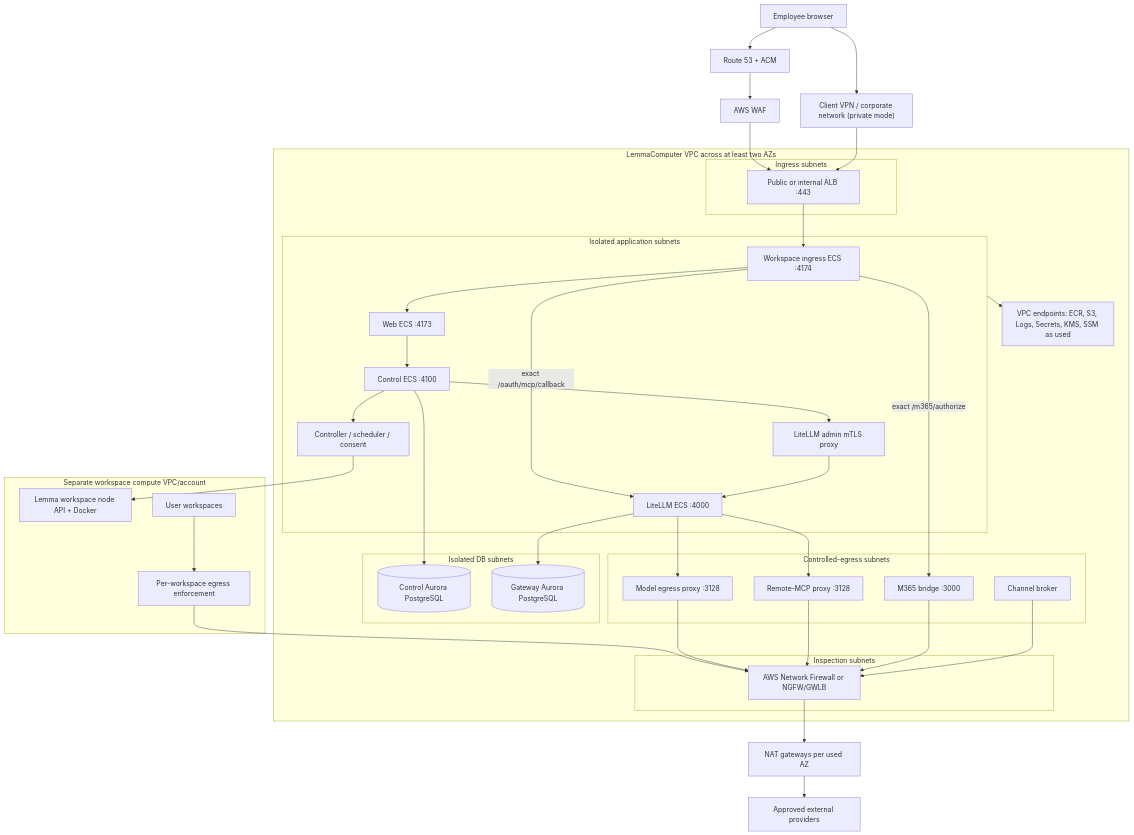
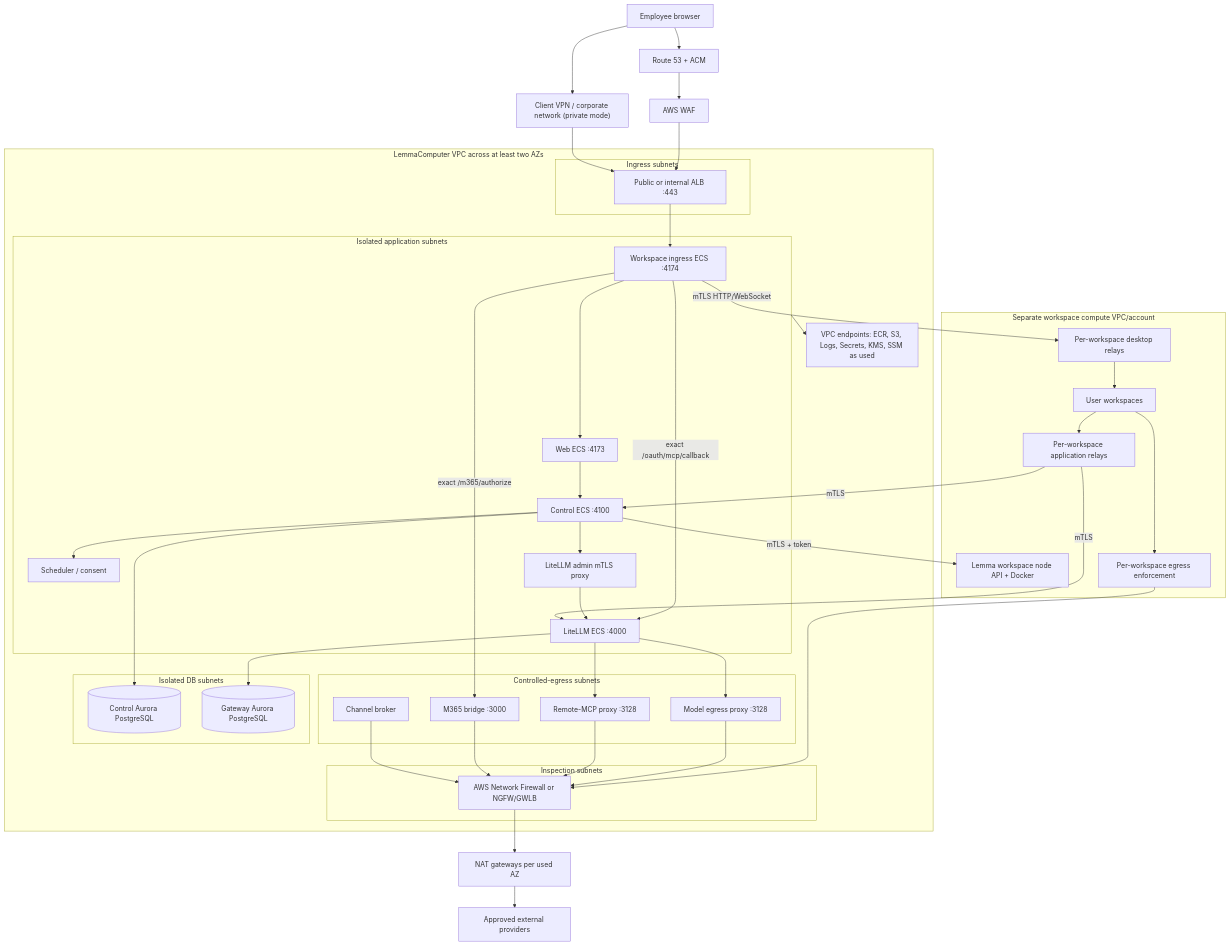
Before and after one commit to ONE-Computer/LemmaComputer: the diagram in docs/guides/deployment/aws-deployment.md, drawn with Mermaid. The commit also changed other lines of this file and 24 other files, not shown here.

````diff
--- a/docs/guides/deployment/aws-deployment.md
+++ b/docs/guides/deployment/aws-deployment.md
@@ -38,68 +38,74 @@
 ```mermaid
 flowchart TB
   User["Employee browser"]
   VPN["Client VPN / corporate network (private mode)"]
   DNS["Route 53 + ACM"]
   WAF["AWS WAF"]
   ALB["Public or internal ALB :443"]
 
   subgraph VPC["LemmaComputer VPC across at least two AZs"]
     subgraph IngressSubnets["Ingress subnets"]
       ALB
     end
 
     subgraph AppSubnets["Isolated application subnets"]
       Ingress["Workspace ingress ECS :4174"]
       Web["Web ECS :4173"]
       Control["Control ECS :4100"]
-      Workers["Controller / scheduler / consent"]
+      Workers["Scheduler / consent"]
       LiteLLM["LiteLLM ECS :4000"]
       AdminProxy["LiteLLM admin mTLS proxy"]
     end
 
     subgraph EgressSubnets["Controlled-egress subnets"]
       ModelProxy["Model egress proxy :3128"]
       McpProxy["Remote-MCP proxy :3128"]
       M365["M365 bridge :3000"]
       Channel["Channel broker"]
     end
 
     subgraph DbSubnets["Isolated DB subnets"]
       ControlDB[("Control Aurora PostgreSQL")]
       GatewayDB[("Gateway Aurora PostgreSQL")]
     end
 
     subgraph InspectionSubnets["Inspection subnets"]
       Firewall["AWS Network Firewall or NGFW/GWLB"]
     end
 
     Endpoints["VPC endpoints: ECR, S3, Logs, Secrets, KMS, SSM as used"]
   end
 
   subgraph WorkspaceBoundary["Separate workspace compute VPC/account"]
     Kasm["Lemma workspace node API + Docker"]
+    DesktopRelay["Per-workspace desktop relays"]
+    AppRelays["Per-workspace application relays"]
     WorkspaceProxy["Per-workspace egress enforcement"]
     Sandboxes["User workspaces"]
   end
 
   NAT["NAT gateways per used AZ"]
   Internet["Approved external providers"]
 
   User --> DNS --> WAF --> ALB --> Ingress
   User --> VPN --> ALB
   Ingress --> Web --> Control
   Ingress -->|"exact /oauth/mcp/callback"| LiteLLM
   Ingress -->|"exact /m365/authorize"| M365
   Control --> ControlDB
   LiteLLM --> GatewayDB
   Control --> AdminProxy --> LiteLLM
   Control --> Workers
-  Workers --> Kasm
+  Control -->|"mTLS + token"| Kasm
+  Ingress -->|"mTLS HTTP/WebSocket"| DesktopRelay --> Sandboxes
+  Sandboxes --> AppRelays
+  AppRelays -->|"mTLS"| Control
+  AppRelays -->|"mTLS"| LiteLLM
   Sandboxes --> WorkspaceProxy --> Firewall
   LiteLLM --> ModelProxy --> Firewall
   LiteLLM --> McpProxy --> Firewall
   M365 --> Firewall
   Channel --> Firewall
   Firewall --> NAT --> Internet
   AppSubnets --> Endpoints
 ```
````
